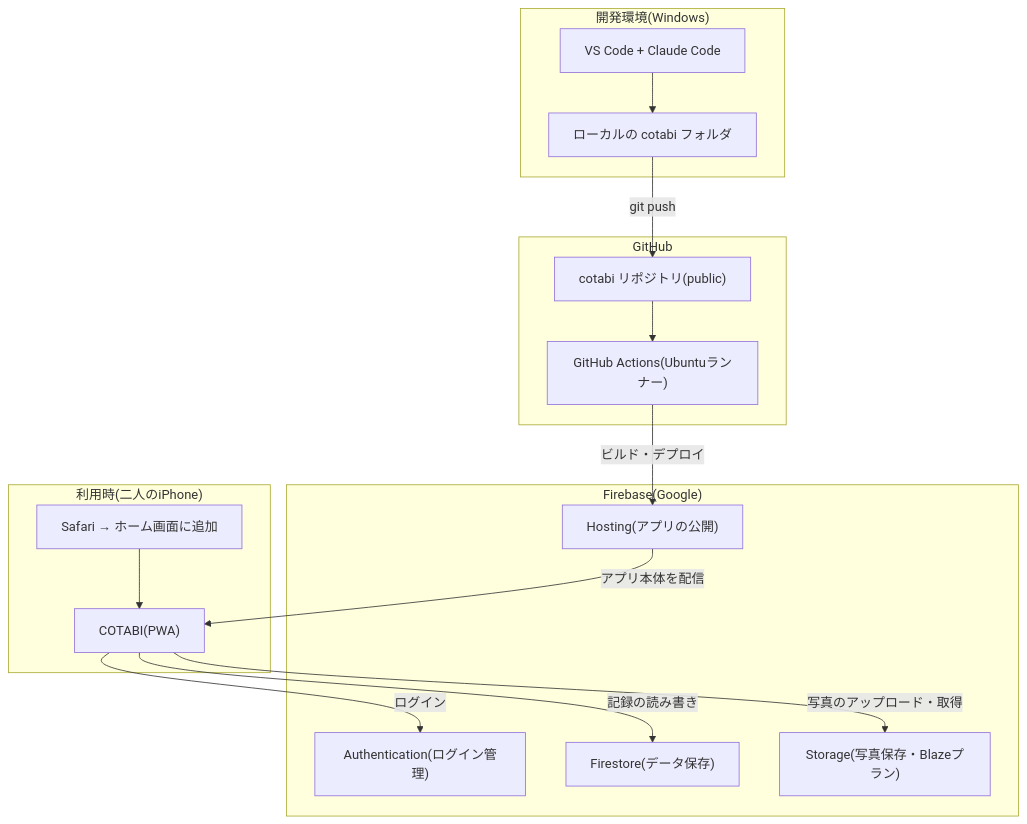
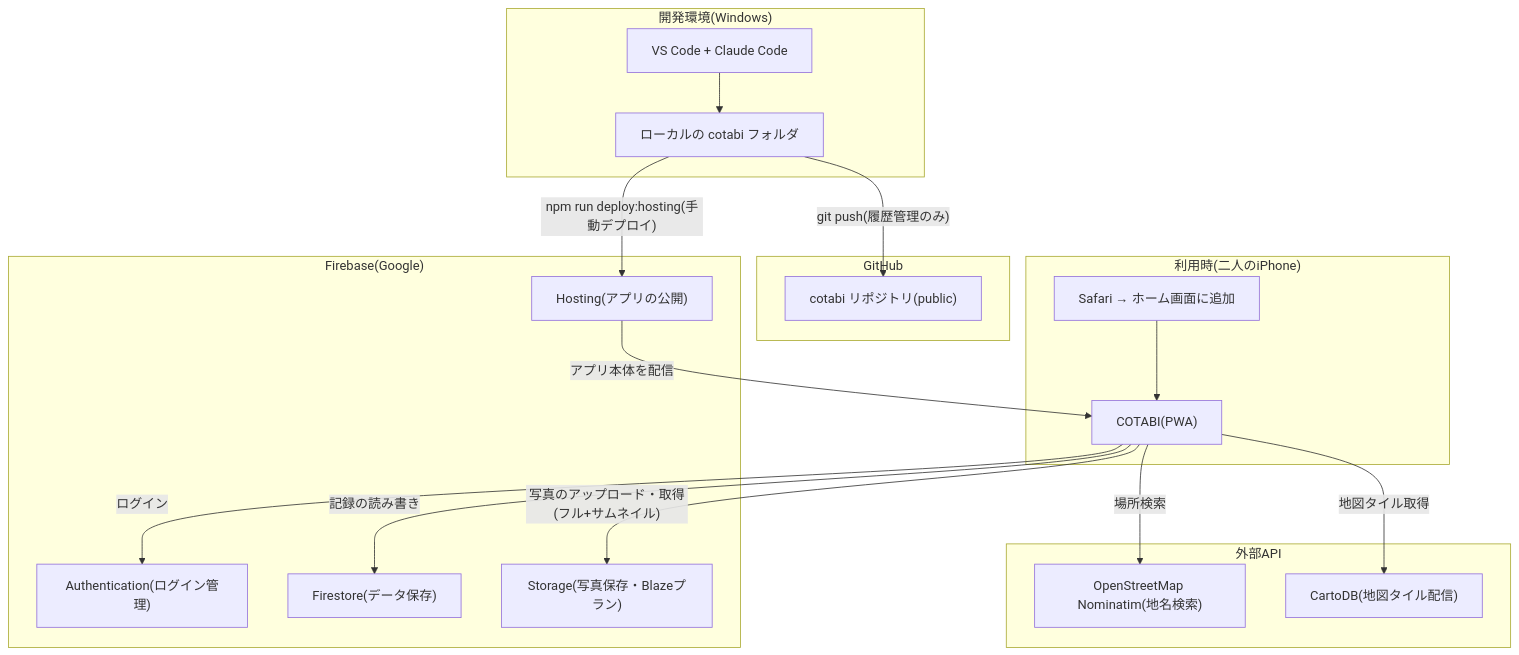
One commit to Suchmo/cotabi changed the first of 3 diagrams in docs/architecture.md. Above: the diagram before and after it, drawn with Mermaid. The commit also changed other lines of this file and 14 other files, not shown here.

````diff
--- a/docs/architecture.md
+++ b/docs/architecture.md
@@ -7,34 +7,39 @@
 ```mermaid
 flowchart TB
     subgraph Dev["開発環境(Windows)"]
         VSCode["VS Code + Claude Code"]
         LocalRepo["ローカルの cotabi フォルダ"]
         VSCode --> LocalRepo
     end
 
     subgraph GitHub["GitHub"]
         Repo["cotabi リポジトリ(public)"]
-        Actions["GitHub Actions(Ubuntuランナー)"]
-        Repo --> Actions
     end
 
     subgraph Firebase["Firebase(Google)"]
         Hosting["Hosting(アプリの公開)"]
         Auth["Authentication(ログイン管理)"]
         Firestore["Firestore(データ保存)"]
         Storage["Storage(写真保存・Blazeプラン)"]
     end
 
+    subgraph External["外部API"]
+        Nominatim["OpenStreetMap Nominatim(地名検索)"]
+        CartoDB["CartoDB(地図タイル配信)"]
+    end
+
     subgraph Client["利用時(二人のiPhone)"]
         Safari["Safari → ホーム画面に追加"]
         App["COTABI(PWA)"]
         Safari --> App
     end
 
-    LocalRepo -- "git push" --> Repo
-    Actions -- "ビルド・デプロイ" --> Hosting
+    LocalRepo -- "git push(履歴管理のみ)" --> Repo
+    LocalRepo -- "npm run deploy:hosting(手動デプロイ)" --> Hosting
     Hosting -- "アプリ本体を配信" --> App
     App -- "ログイン" --> Auth
     App -- "記録の読み書き" --> Firestore
-    App -- "写真のアップロード・取得" --> Storage
+    App -- "写真のアップロード・取得(フル+サムネイル)" --> Storage
+    App -- "場所検索" --> Nominatim
+    App -- "地図タイル取得" --> CartoDB
 ```
````
